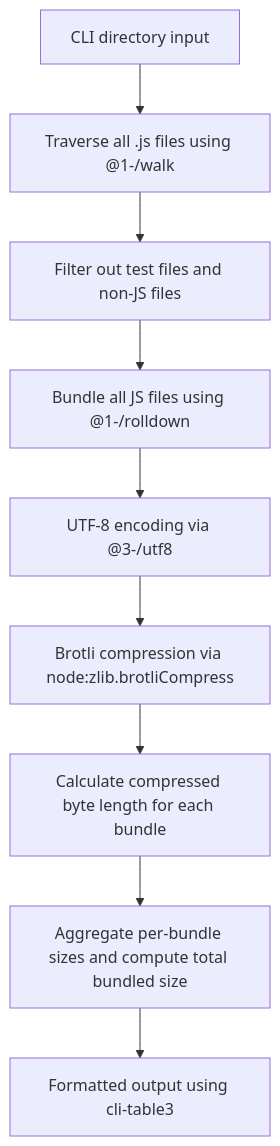
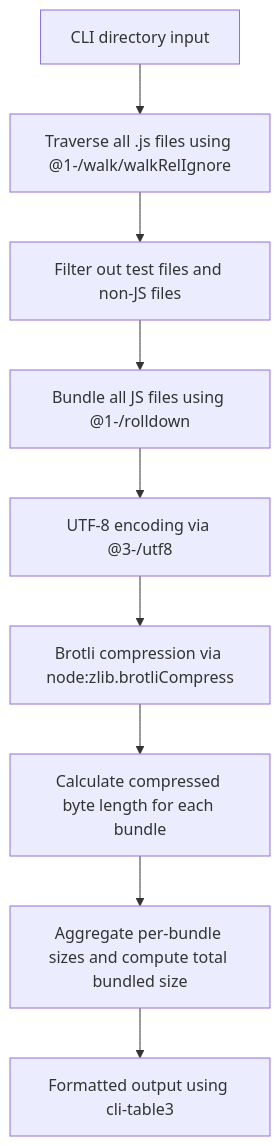
Before and after one commit to webc-site/npm: the diagram in minify_size/readme/en/README.md, drawn with Mermaid. The commit also changed other lines of this file and 4 other files, not shown here.

````diff
--- a/minify_size/readme/en/README.md
+++ b/minify_size/readme/en/README.md
@@ -44,11 +44,11 @@
 ```mermaid
 graph TD
-    A[CLI directory input] --> B[Traverse all .js files using @1-/walk]
+    A[CLI directory input] --> B[Traverse all .js files using @1-/walk/walkRelIgnore]
     B --> C[Filter out test files and non-JS files]
     C --> D[Bundle all JS files using @1-/rolldown]
     D --> E[UTF-8 encoding via @3-/utf8]
     E --> F[Brotli compression via node:zlib.brotliCompress]
     F --> G[Calculate compressed byte length for each bundle]
     G --> H[Aggregate per-bundle sizes and compute total bundled size]
     H --> I[Formatted output using cli-table3]
 ```
````
